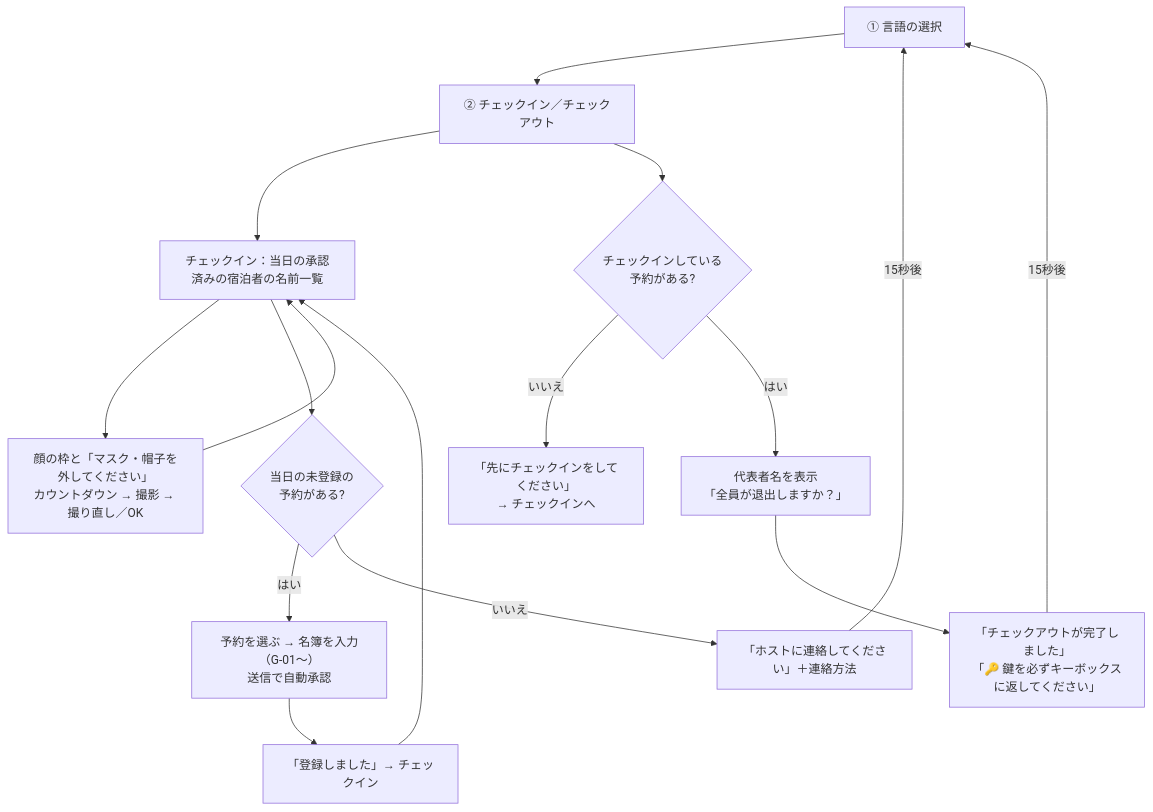
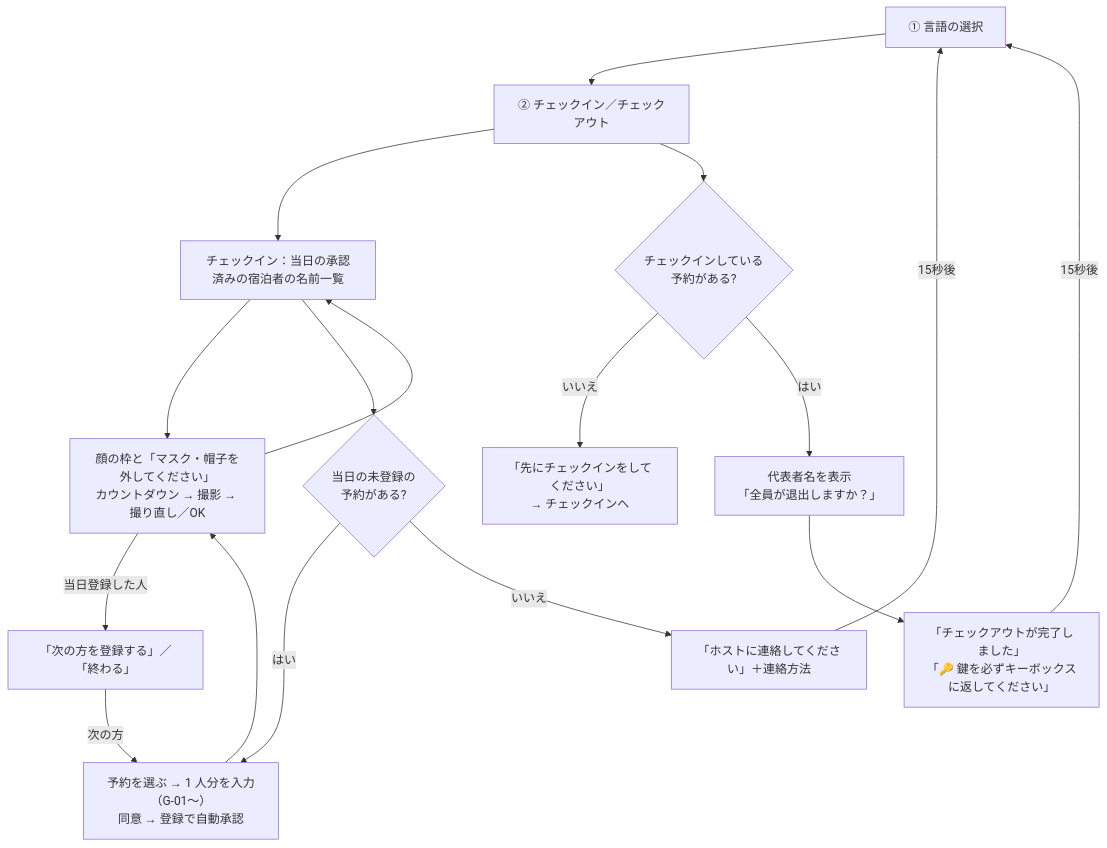
One commit to tamahouse0930/checkinmanagement changed the fifth of 5 diagrams in docs/design.md. Above: the diagram before and after it, drawn with Mermaid. The commit also changed other lines of this file and 7 other files, not shown here.

````diff
--- a/docs/design.md
+++ b/docs/design.md
@@ -657,17 +657,18 @@
 ```mermaid
 flowchart TD
     Lang[① 言語の選択] --> Top[② チェックイン／チェックアウト]
     Top --> CI[チェックイン：当日の承認済みの宿泊者の名前一覧]
     CI --> Shot[顔の枠と「マスク・帽子を外してください」<br/>カウントダウン → 撮影 → 撮り直し／OK]
     Shot --> CI
     CI --> Walk{当日の未登録の<br/>予約がある?}
-    Walk -- はい --> Reg[予約を選ぶ → 名簿を入力（G-01〜）<br/>送信で自動承認]
-    Reg --> Done[「登録しました」→ チェックイン]
-    Done --> CI
+    Walk -- はい --> Reg[予約を選ぶ → 1 人分を入力（G-01〜）<br/>同意 → 登録で自動承認]
+    Reg --> Shot
+    Shot -->|当日登録した人| Next[「次の方を登録する」／「終わる」]
+    Next -->|次の方| Reg
     Walk -- いいえ --> NoName[「ホストに連絡してください」＋連絡方法]
     Top --> CO{チェックインしている<br/>予約がある?}
     CO -- いいえ --> Pls[「先にチェックインをしてください」<br/>→ チェックインへ]
     CO -- はい --> Confirm[代表者名を表示<br/>「全員が退出しますか？」]
     Confirm --> Bye[「チェックアウトが完了しました」<br/>「🔑 鍵を必ずキーボックスに返してください」]
     NoName & Bye -->|15秒後| Lang
 ```
````
